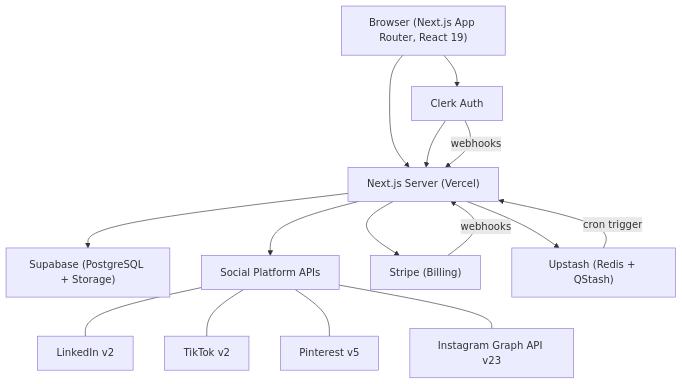
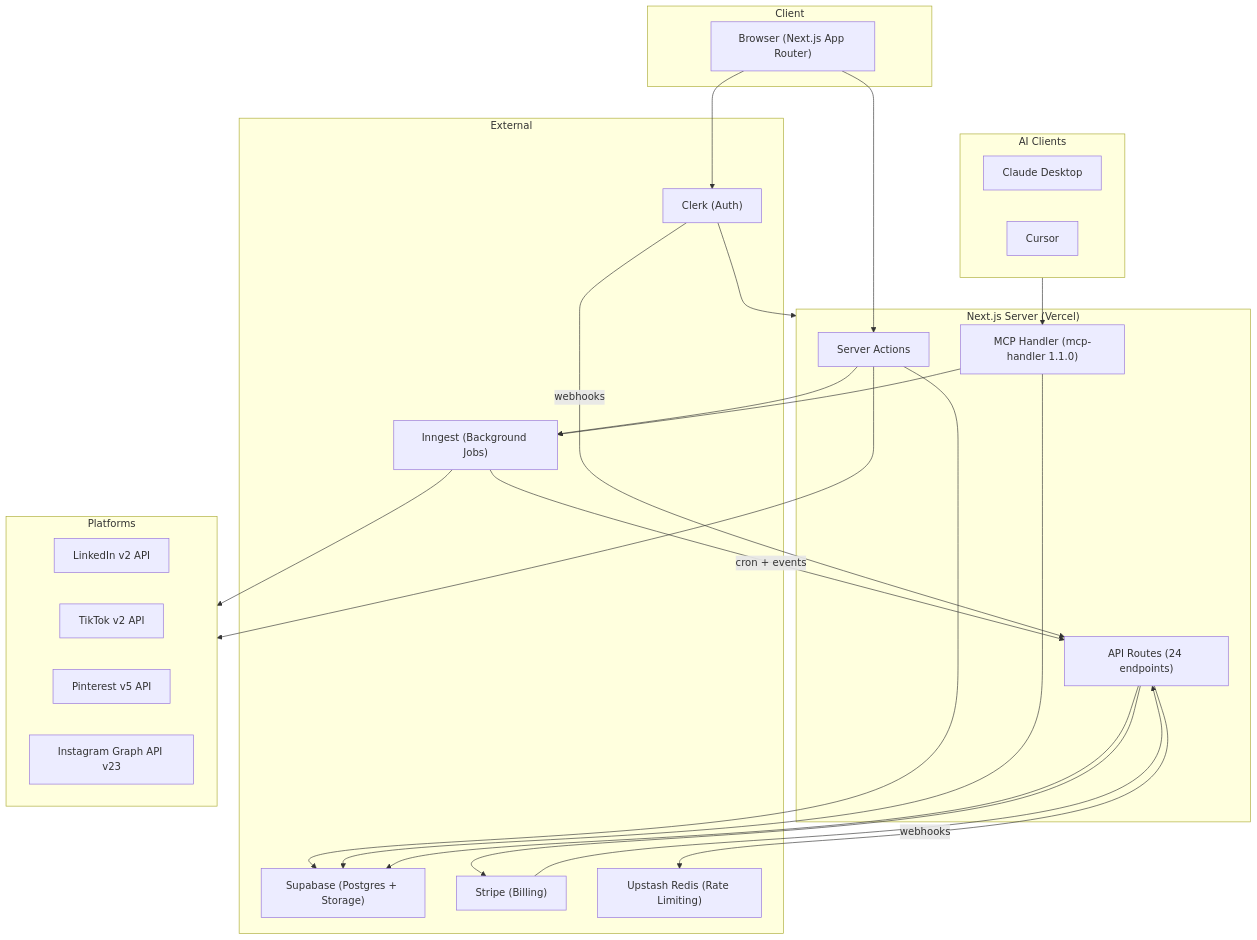
Before and after one commit to Andy00L/sharetopus: the first of 2 diagrams in README.md, drawn with Mermaid. The commit also changed other lines of this file and 49 other files, not shown here.

````diff
--- a/README.md
+++ b/README.md
@@ -41,26 +23,49 @@
 ```mermaid
 graph TD
-    Browser["Browser (Next.js App Router, React 19)"]
-    Clerk["Clerk Auth"]
-    Server["Next.js Server (Vercel)"]
-    Supabase["Supabase (PostgreSQL + Storage)"]
-    Social["Social Platform APIs"]
-    Stripe["Stripe (Billing)"]
-    Upstash["Upstash (Redis + QStash)"]
+    subgraph Client
+        Browser["Browser (Next.js App Router)"]
+    end
+
+    subgraph Server["Next.js Server (Vercel)"]
+        Actions["Server Actions"]
+        APIRoutes["API Routes (24 endpoints)"]
+        MCPHandler["MCP Handler (mcp-handler 1.1.0)"]
+    end
+
+    subgraph External
+        Clerk["Clerk (Auth)"]
+        Supabase["Supabase (Postgres + Storage)"]
+        Stripe["Stripe (Billing)"]
+        Inngest["Inngest (Background Jobs)"]
+        Upstash["Upstash Redis (Rate Limiting)"]
+    end
+
+    subgraph Platforms
+        LinkedIn["LinkedIn v2 API"]
+        TikTok["TikTok v2 API"]
+        Pinterest["Pinterest v5 API"]
+        Instagram["Instagram Graph API v23"]
+    end
+
+    subgraph AIClients["AI Clients"]
+        Claude["Claude Desktop"]
+        Cursor["Cursor"]
+    end
 
     Browser --> Clerk
-    Browser --> Server
+    Browser --> Actions
+    AIClients --> MCPHandler
     Clerk --> Server
-    Server --> Supabase
-    Server --> Social
-    Server --> Stripe
-    Server --> Upstash
-    Upstash -->|"cron trigger"| Server
-    Stripe -->|"webhooks"| Server
-    Clerk -->|"webhooks"| Server
-
-    Social --- LinkedIn["LinkedIn v2"]
-    Social --- TikTok["TikTok v2"]
-    Social --- Pinterest["Pinterest v5"]
-    Social --- Instagram["Instagram Graph API v23"]
+    Actions --> Supabase
+    Actions --> Inngest
+    MCPHandler --> Supabase
+    MCPHandler --> Inngest
+    APIRoutes --> Supabase
+    APIRoutes --> Stripe
+    APIRoutes --> Upstash
+    Inngest -->|"cron + events"| APIRoutes
+    Stripe -->|"webhooks"| APIRoutes
+    Clerk -->|"webhooks"| APIRoutes
+    Actions --> Platforms
+    Inngest --> Platforms
 ```
````
